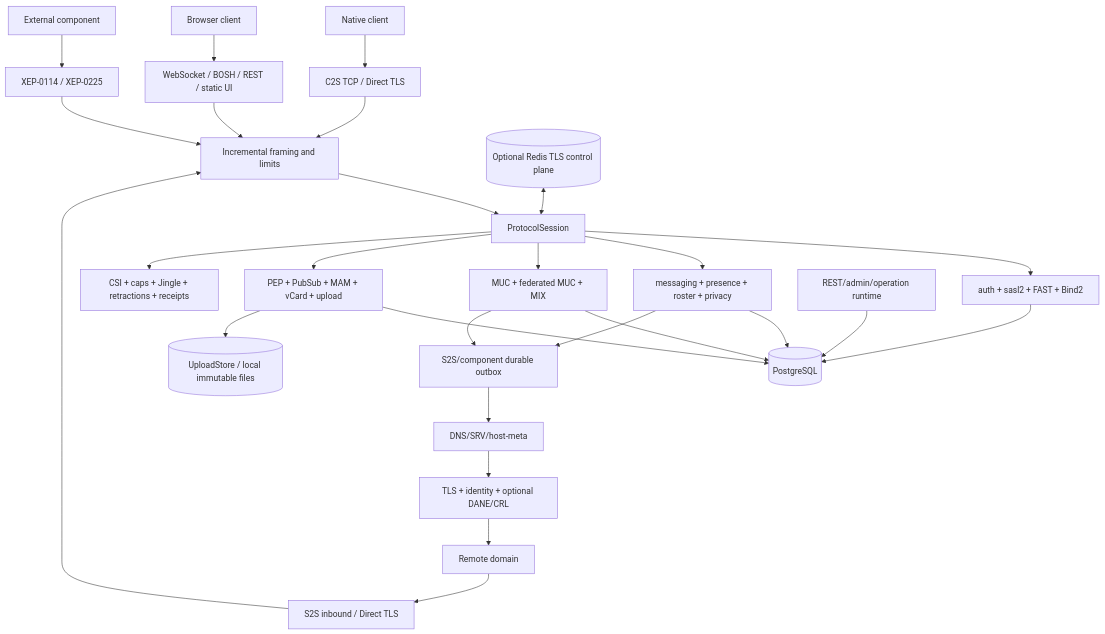
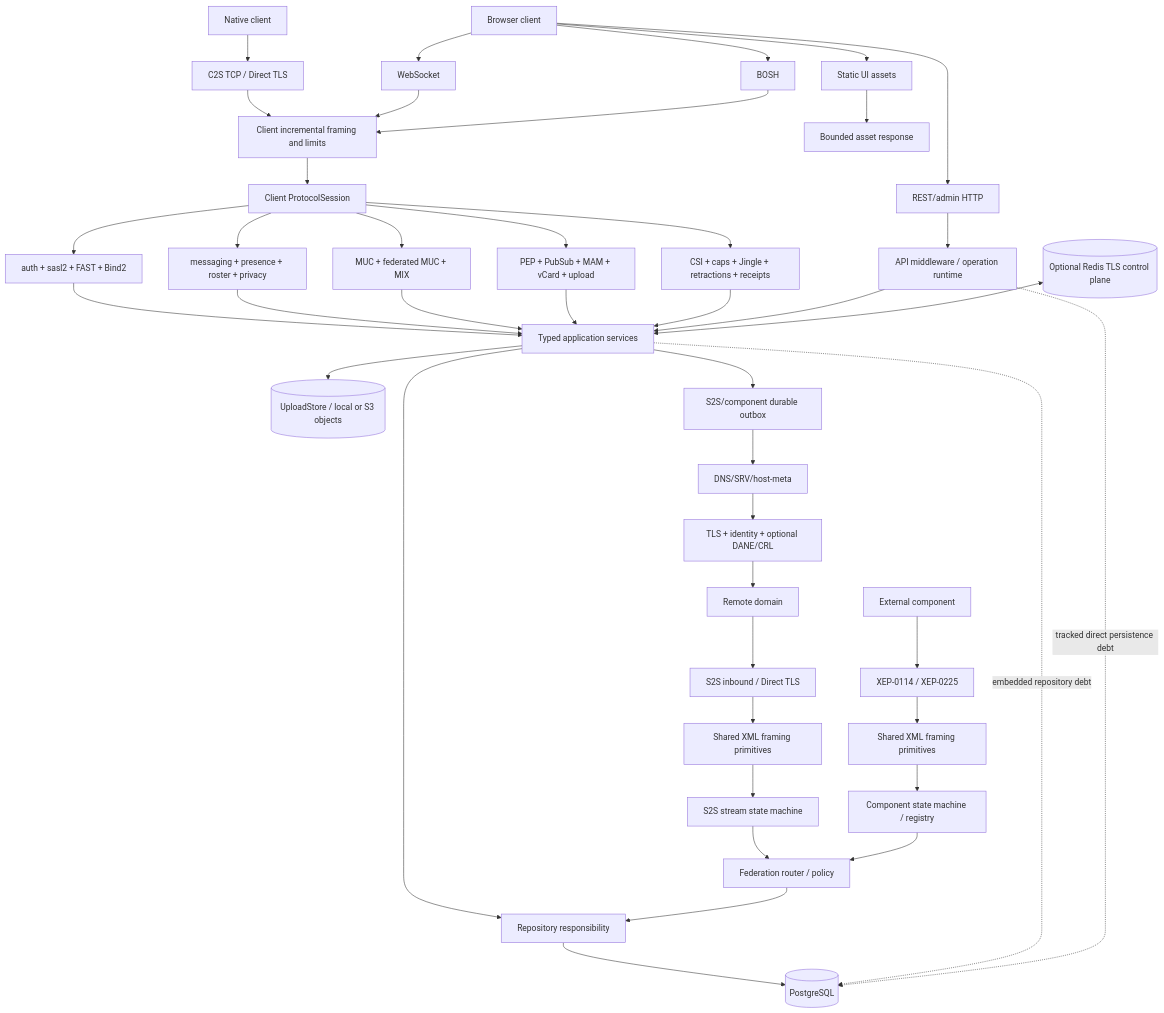
One commit to takanashi-tetsuya/northstar changed the diagram in docs/ARCHITECTURE.md. Above: the diagram before and after it, drawn with Mermaid. The commit also changed other lines of this file and 17 other files, not shown here.

````diff
--- a/docs/ARCHITECTURE.md
+++ b/docs/ARCHITECTURE.md
@@ -9,34 +9,49 @@
 ```mermaid
 flowchart TB
     Native[Native client] --> TCP[C2S TCP / Direct TLS]
-    Browser[Browser client] --> HTTP[WebSocket / BOSH / REST / static UI]
+    Browser[Browser client] --> WS[WebSocket]
+    Browser --> BOSH[BOSH]
+    Browser --> REST[REST/admin HTTP]
+    Browser --> STATIC[Static UI assets]
     Peer[Remote domain] --> S2SIN[S2S inbound / Direct TLS]
     Component[External component] --> COMP[XEP-0114 / XEP-0225]
 
-    TCP --> FRAME[Incremental framing and limits]
-    HTTP --> FRAME
-    S2SIN --> FRAME
-    COMP --> FRAME
-    FRAME --> SESSION[ProtocolSession]
+    TCP --> CFRAME[Client incremental framing and limits]
+    WS --> CFRAME
+    BOSH --> CFRAME
+    CFRAME --> SESSION[Client ProtocolSession]
+    REST --> API[API middleware / operation runtime]
+    STATIC --> ASSET[Bounded asset response]
+    S2SIN --> S2SFRAME[Shared XML framing primitives]
+    S2SFRAME --> S2SSM[S2S stream state machine]
+    COMP --> COMPFRAME[Shared XML framing primitives]
+    COMPFRAME --> COMPSM[Component state machine / registry]
 
     SESSION --> AUTH[auth + sasl2 + FAST + Bind2]
     SESSION --> MSG[messaging + presence + roster + privacy]
     SESSION --> GROUP[MUC + federated MUC + MIX]
     SESSION --> STORE[PEP + PubSub + MAM + vCard + upload]
     SESSION --> EXT[CSI + caps + Jingle + retractions + receipts]
 
-    AUTH --> PG[(PostgreSQL)]
-    MSG --> PG
-    GROUP --> PG
-    STORE --> PG
-    API[REST/admin/operation runtime] --> PG
-    STORE --> FILES[(UploadStore / local immutable files)]
+    AUTH --> SERVICES[Typed application services]
+    MSG --> SERVICES
+    GROUP --> SERVICES
+    STORE --> SERVICES
+    EXT --> SERVICES
+    API --> SERVICES
+    SERVICES --> REPO[Repository responsibility]
+    REPO --> PG[(PostgreSQL)]
+    SERVICES -. embedded repository debt .-> PG
+    API -. tracked direct persistence debt .-> PG
+    SERVICES --> FILES[(UploadStore / local or S3 objects)]
 
-    MSG --> OUTBOX[S2S/component durable outbox]
-    GROUP --> OUTBOX
+    S2SSM --> FED[Federation router / policy]
+    COMPSM --> FED
+    FED --> REPO
+    SERVICES --> OUTBOX[S2S/component durable outbox]
     OUTBOX --> DNS[DNS/SRV/host-meta]
     DNS --> TLS[TLS + identity + optional DANE/CRL]
     TLS --> Peer
 
-    REDIS[(Optional Redis TLS control plane)] <--> SESSION
+    REDIS[(Optional Redis TLS control plane)] <--> SERVICES
 ```
````
